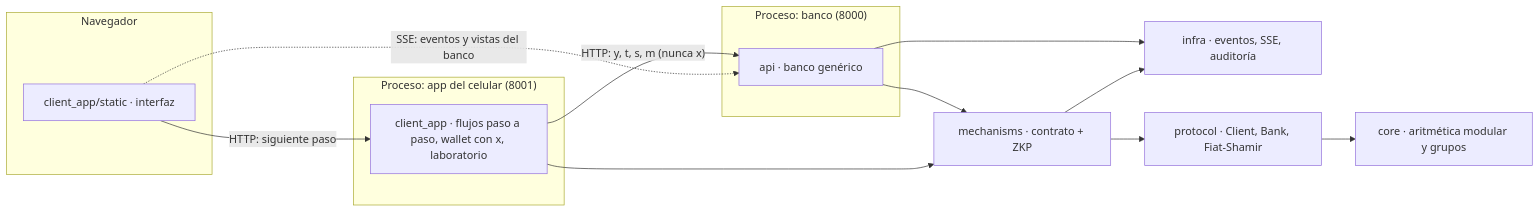
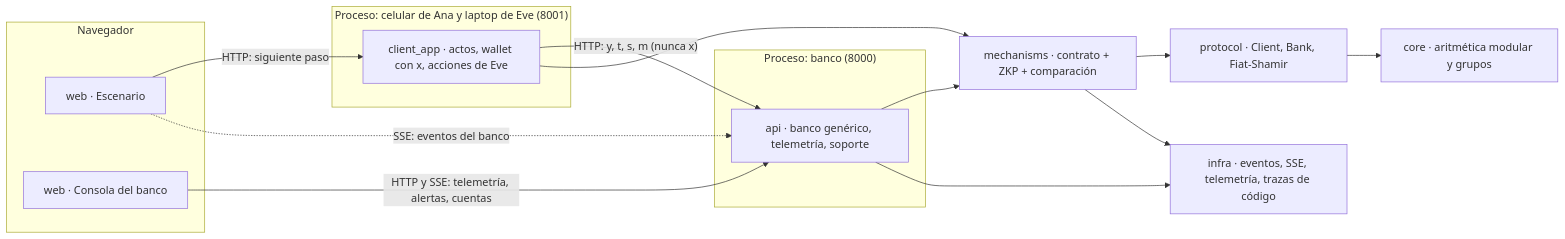
The diagram in README.md (Djch18AtSchool/schnorr-lab), drawn with Mermaid before and after one commit. The commit also changed other lines of this file and 2 other files, not shown here.

Commit message:
docs: README de la versión 0.4 (Escenario, Consola, actos, telemetría y API)

````diff
--- a/README.md
+++ b/README.md
@@ -130,25 +144,27 @@
 ```mermaid
 flowchart LR
     subgraph Navegador
-        ui[client_app/static · interfaz]
+        esc[web · Escenario]
+        con[web · Consola del banco]
     end
-    subgraph Celular["Proceso: app del celular (8001)"]
-        flows[client_app · flujos paso a paso, wallet con x, laboratorio]
+    subgraph Celular["Proceso: celular de Ana y laptop de Eve (8001)"]
+        acts[client_app · actos, wallet con x, acciones de Eve]
     end
     subgraph Banco["Proceso: banco (8000)"]
-        api[api · banco genérico]
+        api[api · banco genérico, telemetría, soporte]
     end
-    mech[mechanisms · contrato + ZKP]
-    infra[infra · eventos, SSE, auditoría]
+    mech[mechanisms · contrato + ZKP + comparación]
+    infra[infra · eventos, SSE, telemetría, trazas de código]
     protocol[protocol · Client, Bank, Fiat-Shamir]
     core[core · aritmética modular y grupos]
-    ui -- "HTTP: siguiente paso" --> flows
-    ui -. "SSE: eventos y vistas del banco" .-> api
-    flows -- "HTTP: y, t, s, m (nunca x)" --> api
-    flows --> mech
+    esc -- "HTTP: siguiente paso" --> acts
+    esc -. "SSE: eventos del banco" .-> api
+    con -- "HTTP y SSE: telemetría, alertas, cuentas" --> api
+    acts -- "HTTP: y, t, s, m (nunca x)" --> api
+    acts --> mech
     api --> mech
     mech --> protocol
     mech --> infra
     api --> infra
     protocol --> core
 ```
````
